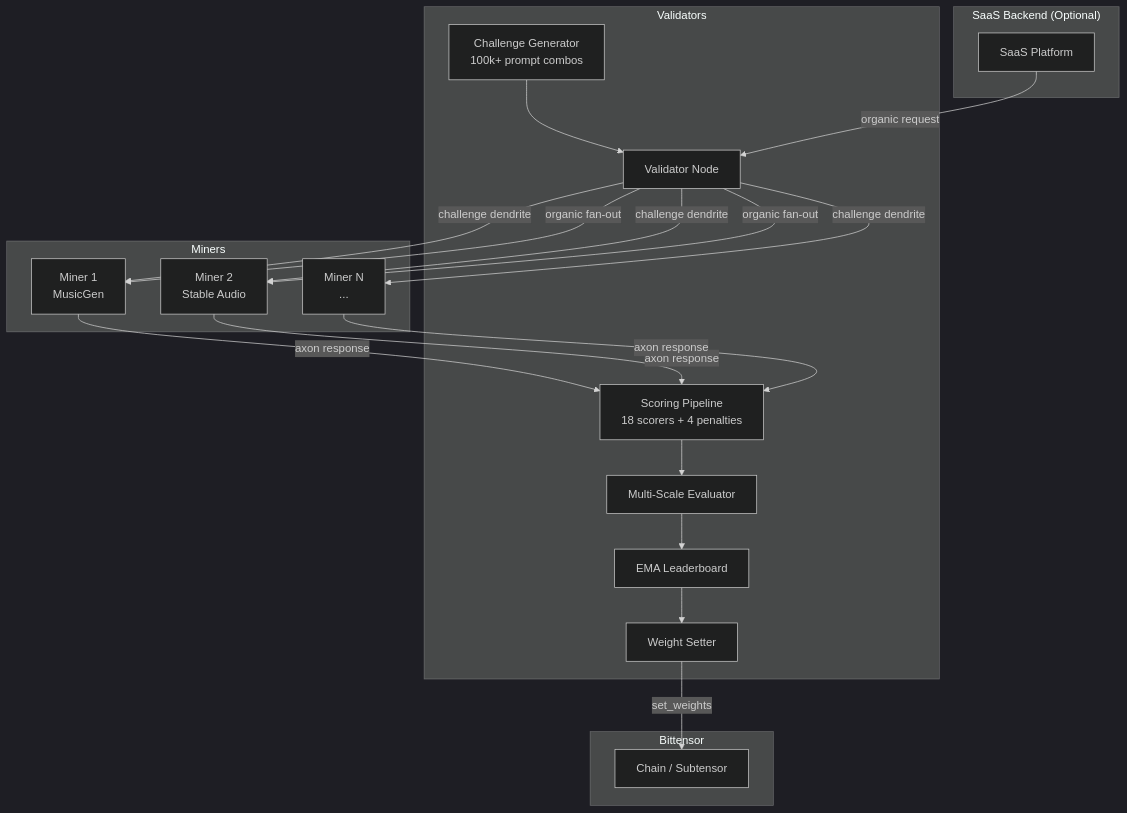
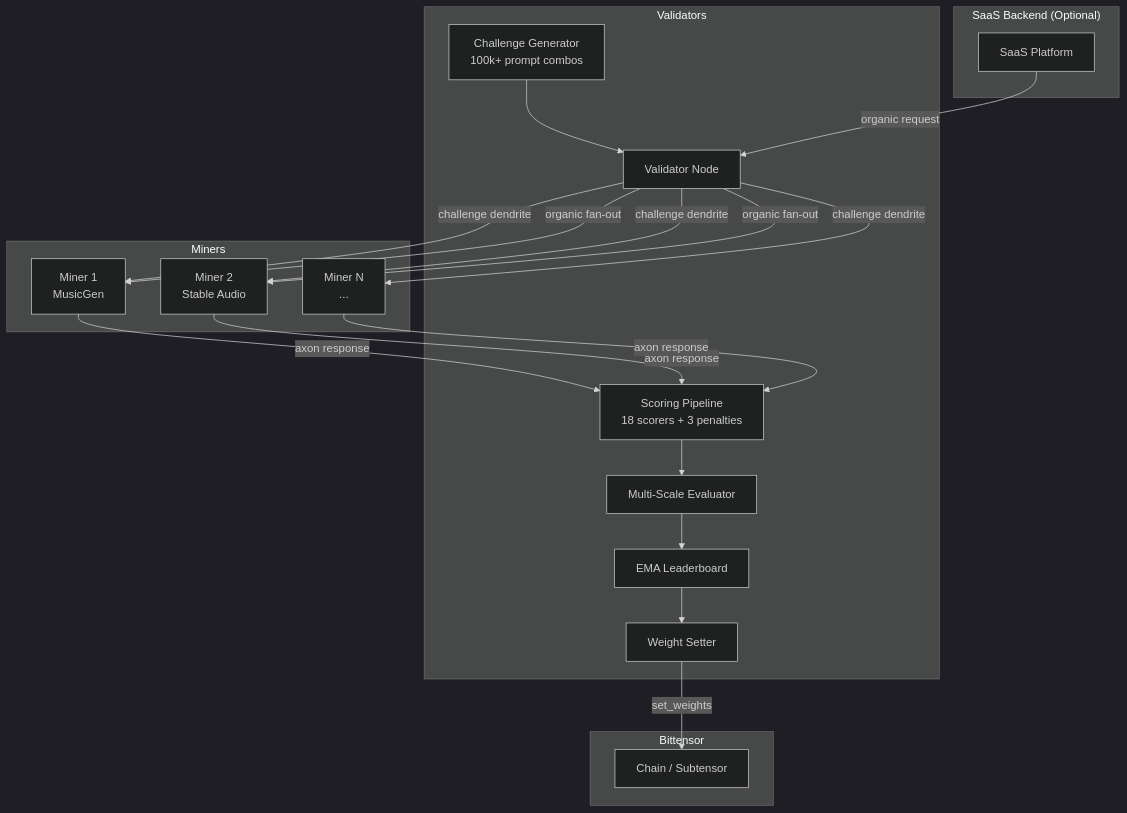
Before and after one commit to borgg-dev/tuneforge: the first of 2 diagrams in README.md, drawn with Mermaid (dark theme). The commit also changed other lines of this file and 8 other files, not shown here.

````diff
--- a/README.md
+++ b/README.md
@@ -36,41 +36,41 @@
 ```mermaid
 graph TB
     subgraph Validators
         V[Validator Node]
         CG[Challenge Generator<br/>100k+ prompt combos]
-        SC[Scoring Pipeline<br/>18 scorers + 4 penalties]
+        SC[Scoring Pipeline<br/>18 scorers + 3 penalties]
         MS[Multi-Scale Evaluator]
         LB[EMA Leaderboard]
         WS[Weight Setter]
     end
 
     subgraph Miners
         M1[Miner 1<br/>MusicGen]
         M2[Miner 2<br/>Stable Audio]
         M3[Miner N<br/>...]
     end
 
     subgraph "SaaS Backend (Optional)"
         API[SaaS Platform]
     end
 
     subgraph Bittensor
         CH[Chain / Subtensor]
     end
 
     V -->|challenge dendrite| M1
     V -->|challenge dendrite| M2
     V -->|challenge dendrite| M3
     M1 -->|axon response| SC
     M2 -->|axon response| SC
     M3 -->|axon response| SC
     CG --> V
     SC --> MS
     MS --> LB
     LB --> WS
     WS -->|set_weights| CH
 
     API -->|organic request| V
     V -->|organic fan-out| M1
     V -->|organic fan-out| M2
 ```
````
